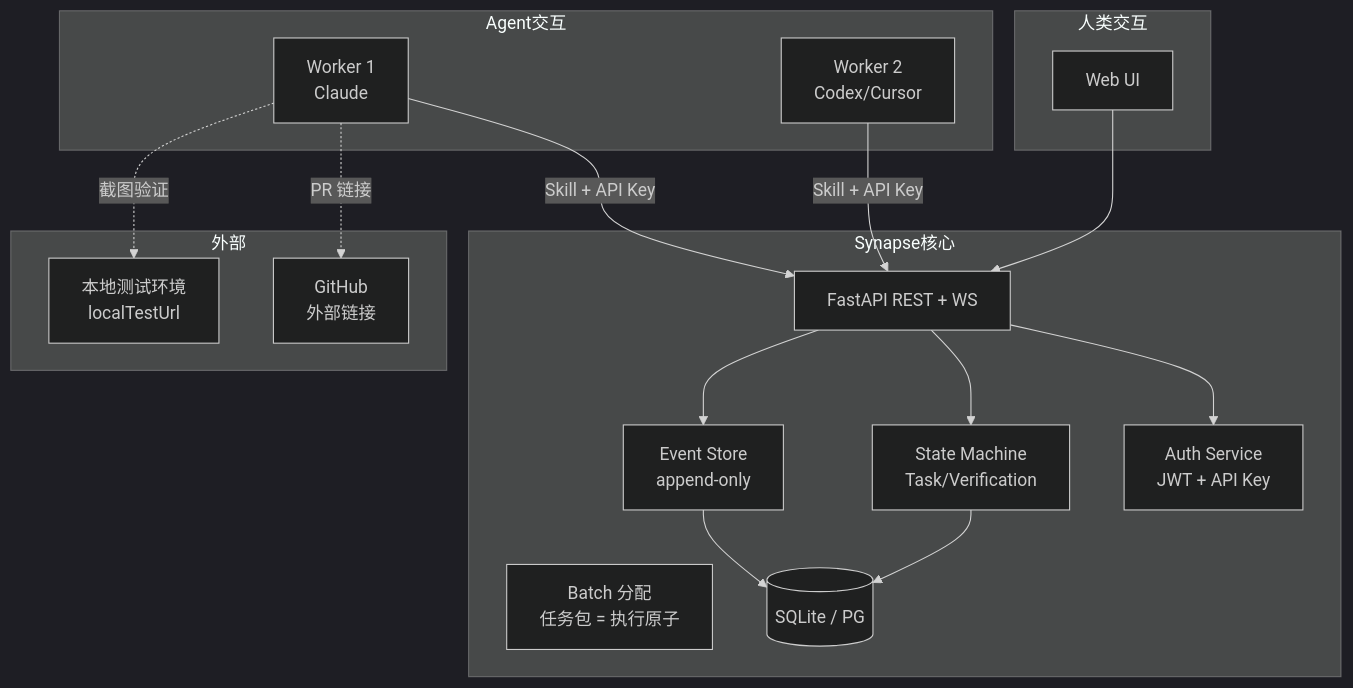
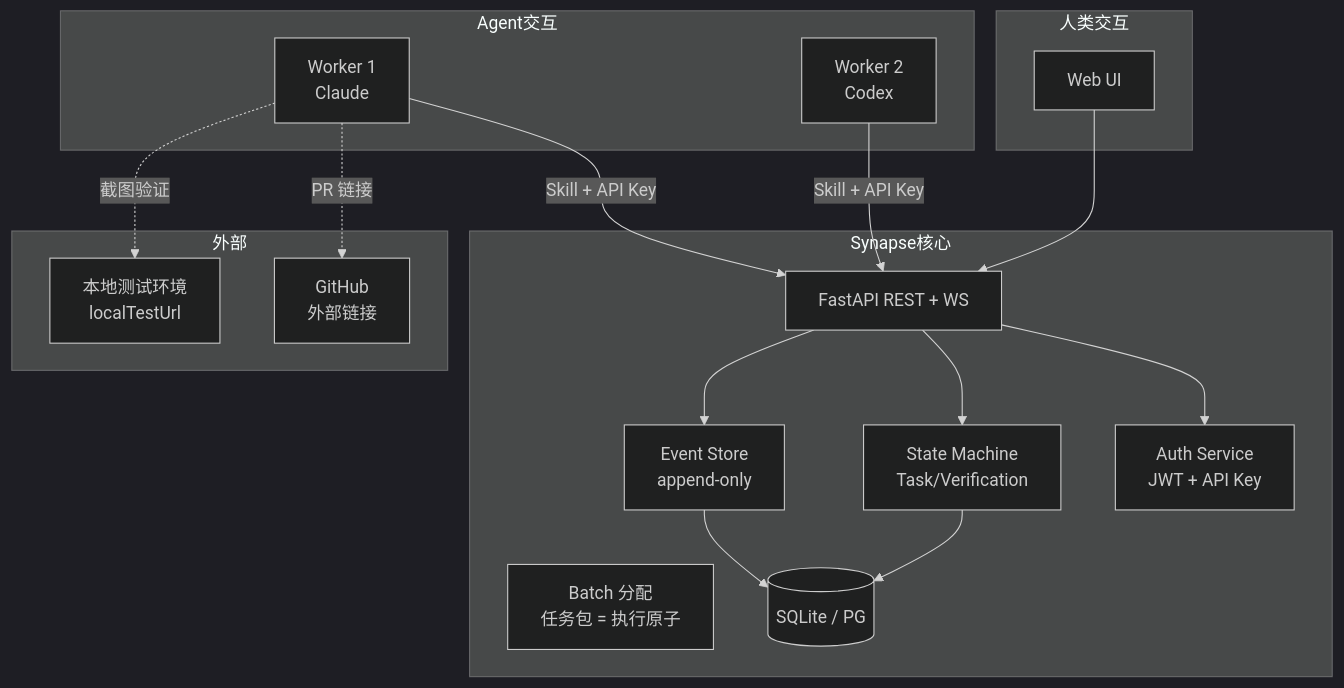
One commit to Coderkunhe/synapse changed the diagram in synapse/docs/architecture.md. Above: the diagram before and after it, drawn with Mermaid (dark theme). The commit also changed other lines of this file and 4 other files, not shown here.

````diff
--- a/synapse/docs/architecture.md
+++ b/synapse/docs/architecture.md
@@ -483,36 +483,36 @@
 ```mermaid
 graph TB
     subgraph 人类交互
         UI[Web UI]
     end
 
     subgraph Agent交互
         W1[Worker 1<br/>Claude]
-        W2[Worker 2<br/>Codex/Cursor]
+        W2[Worker 2<br/>Codex]
     end
 
     subgraph Synapse核心
         API[FastAPI REST + WS]
         AUTH[Auth Service<br/>JWT + API Key]
         BATCH[Batch 分配<br/>任务包 = 执行原子]
         STATE[State Machine<br/>Task/Verification]
         EVENT[Event Store<br/>append-only]
         DB[(SQLite / PG)]
     end
 
     subgraph 外部
         GH[GitHub<br/>外部链接]
         LOCAL[本地测试环境<br/>localTestUrl]
     end
 
     UI --> API
     W1 -->|Skill + API Key| API
     W2 -->|Skill + API Key| API
     API --> AUTH
     API --> STATE
     API --> EVENT
     STATE --> DB
     EVENT --> DB
     W1 -.->|PR 链接| GH
     W1 -.->|截图验证| LOCAL
 ```
````
